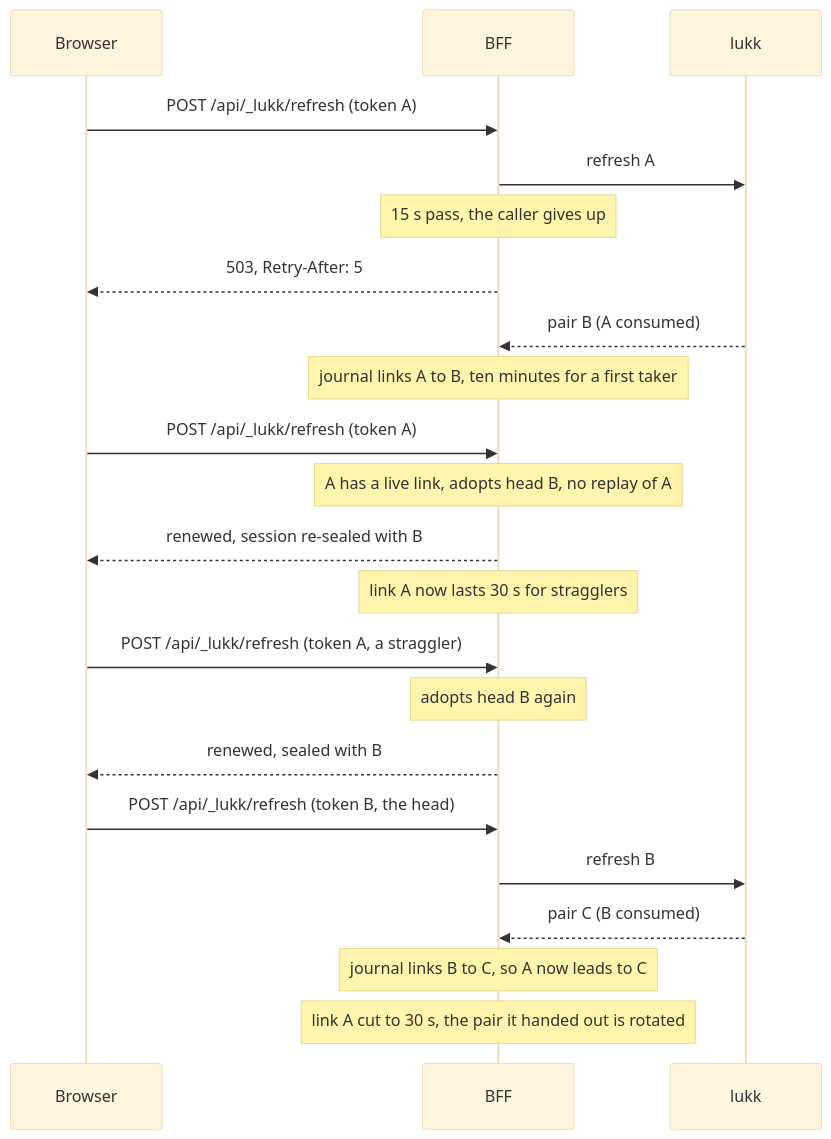
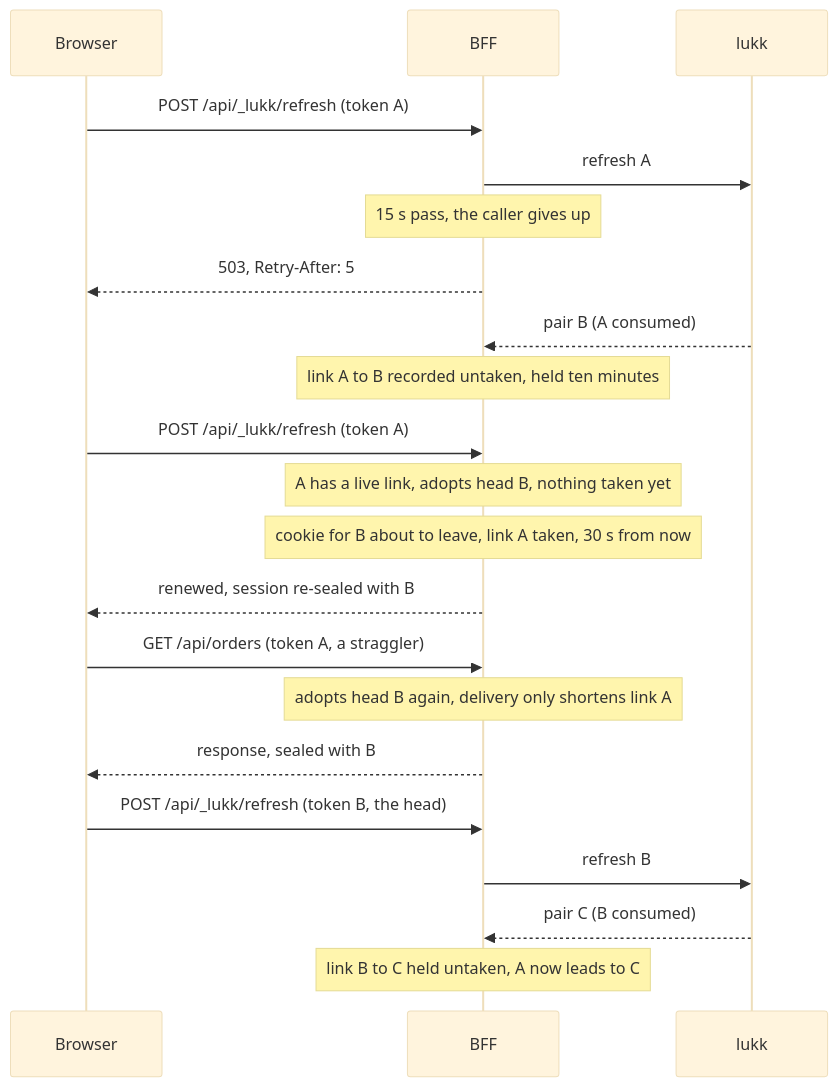
One commit to stsepelin/lukk-docs changed the third of 3 diagrams in docs/transport-modes.md. Above: the diagram before and after it, drawn with Mermaid (base theme). The commit also changed other lines of this file and 31 other files, not shown here.

````diff
--- a/docs/transport-modes.md
+++ b/docs/transport-modes.md
@@ -85,24 +86,23 @@
 ```mermaid
 sequenceDiagram
     participant B as Browser
     participant P as BFF
     participant L as lukk
     B->>P: POST /api/_lukk/refresh (token A)
     P->>L: refresh A
     Note over P: 15 s pass, the caller gives up
     P-->>B: 503, Retry-After: 5
     L-->>P: pair B (A consumed)
-    Note over P: journal links A to B, ten minutes for a first taker
+    Note over P: link A to B recorded untaken, held ten minutes
     B->>P: POST /api/_lukk/refresh (token A)
-    Note over P: A has a live link, adopts head B, no replay of A
+    Note over P: A has a live link, adopts head B, nothing taken yet
+    Note over P: cookie for B about to leave, link A taken, 30 s from now
     P-->>B: renewed, session re-sealed with B
-    Note over P: link A now lasts 30 s for stragglers
-    B->>P: POST /api/_lukk/refresh (token A, a straggler)
-    Note over P: adopts head B again
-    P-->>B: renewed, sealed with B
+    B->>P: GET /api/orders (token A, a straggler)
+    Note over P: adopts head B again, delivery only shortens link A
+    P-->>B: response, sealed with B
     B->>P: POST /api/_lukk/refresh (token B, the head)
     P->>L: refresh B
     L-->>P: pair C (B consumed)
-    Note over P: journal links B to C, so A now leads to C
-    Note over P: link A cut to 30 s, the pair it handed out is rotated
+    Note over P: link B to C held untaken, A now leads to C
 ```
````
